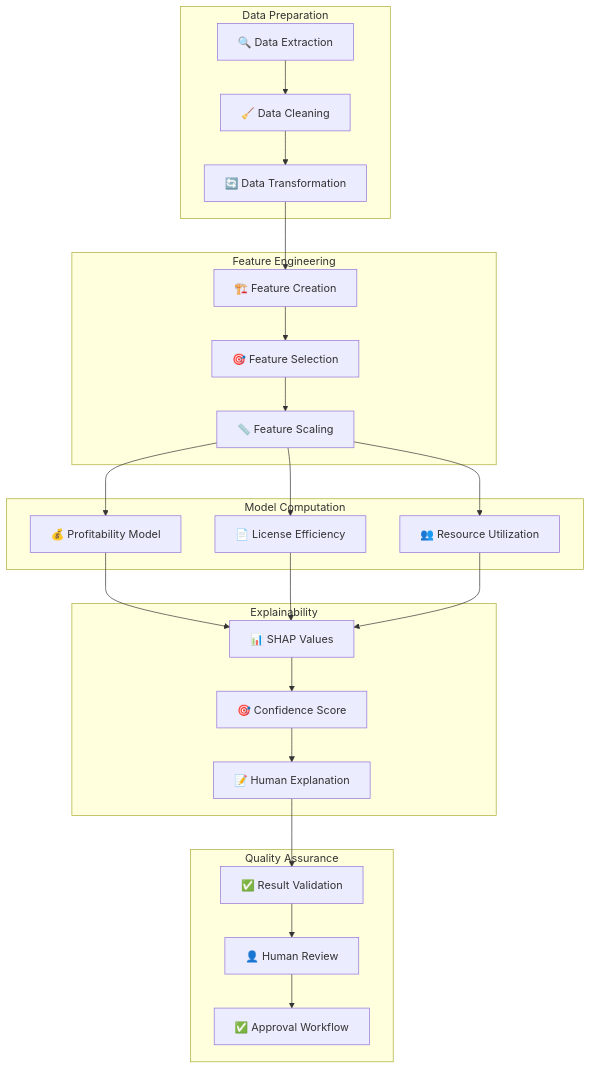
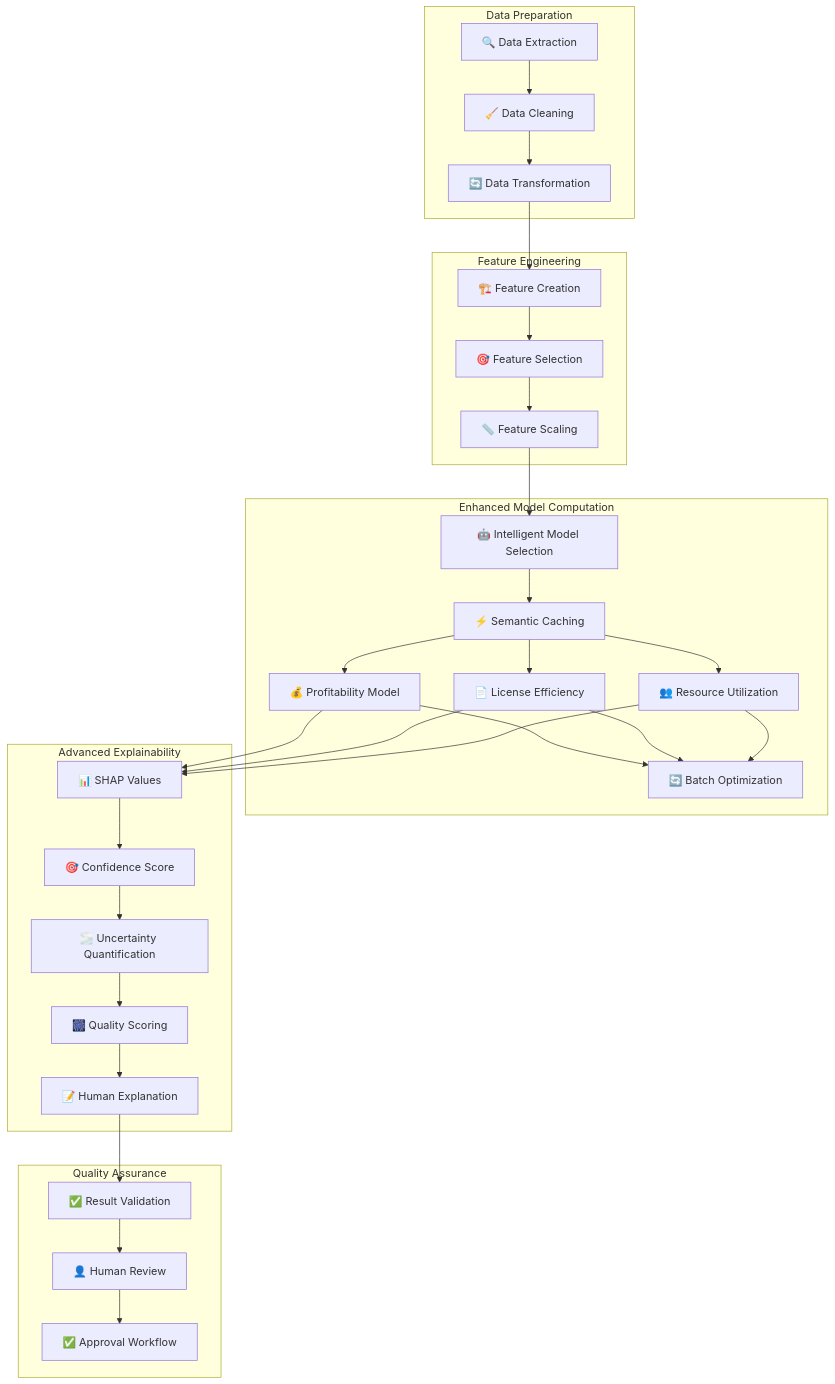
One commit to VIKAS9793/moatmetrics changed diagram 12 of 15 in moatmetrics/docs/ARCHITECTURE.md. Above: the diagram before and after it, drawn with Mermaid. The commit also changed other lines of this file and 36 other files, not shown here.

````diff
--- a/moatmetrics/docs/ARCHITECTURE.md
+++ b/moatmetrics/docs/ARCHITECTURE.md
@@ -393,54 +436,66 @@
 ```mermaid
 flowchart TB
     subgraph "Data Preparation"
         Extract["🔍 Data Extraction"]
         Clean["🧹 Data Cleaning"]
         Transform["🔄 Data Transformation"]
     end
     
     subgraph "Feature Engineering"
         Features["🏗️ Feature Creation"]
         Selection["🎯 Feature Selection"]
         Scaling["📏 Feature Scaling"]
     end
     
-    subgraph "Model Computation"
+    subgraph "Enhanced Model Computation"
+        ModelSelection["🤖 Intelligent Model Selection"]
+        SemanticCache["⚡ Semantic Caching"]
         Profitability["💰 Profitability Model"]
         License["📄 License Efficiency"]
         Resource["👥 Resource Utilization"]
+        BatchOptim["🔄 Batch Optimization"]
     end
     
-    subgraph "Explainability"
+    subgraph "Advanced Explainability"
         SHAP["📊 SHAP Values"]
         Confidence["🎯 Confidence Score"]
+        Uncertainty["🌫️ Uncertainty Quantification"]
+        QualityScore["🎆 Quality Scoring"]
         Explanation["📝 Human Explanation"]
     end
     
     subgraph "Quality Assurance"
         Validation["✅ Result Validation"]
         Review["👤 Human Review"]
         Approval["✅ Approval Workflow"]
     end
     
     Extract --> Clean
     Clean --> Transform
     
     Transform --> Features
     Features --> Selection
     Selection --> Scaling
     
-    Scaling --> Profitability
-    Scaling --> License
-    Scaling --> Resource
+    Scaling --> ModelSelection
+    ModelSelection --> SemanticCache
+    SemanticCache --> Profitability
+    SemanticCache --> License
+    SemanticCache --> Resource
+    Profitability --> BatchOptim
+    License --> BatchOptim
+    Resource --> BatchOptim
     
     Profitability --> SHAP
     License --> SHAP
     Resource --> SHAP
     
     SHAP --> Confidence
-    Confidence --> Explanation
+    Confidence --> Uncertainty
+    Uncertainty --> QualityScore
+    QualityScore --> Explanation
     
     Explanation --> Validation
     Validation --> Review
     Review --> Approval
 ```
````
